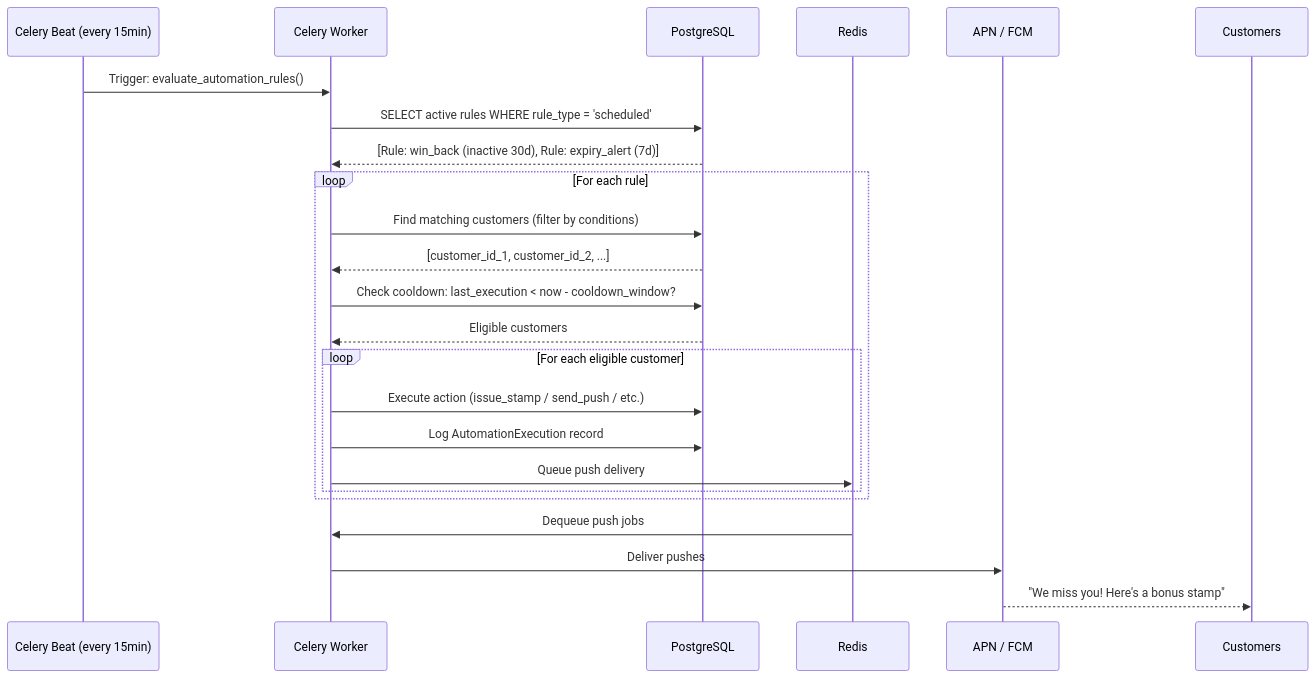
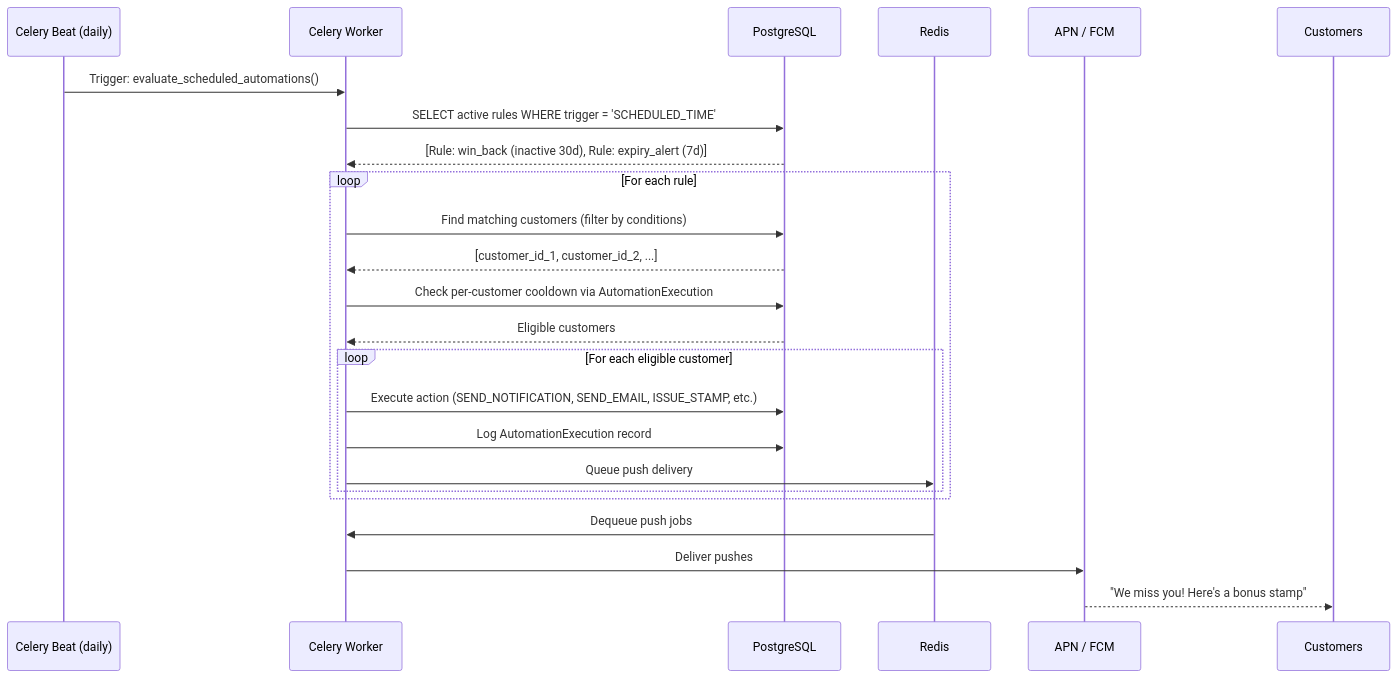
One commit to somatechlat/loyallia changed the sixth of 12 diagrams in docs/02-architecture/ARCHITECTURE.md. Above: the diagram before and after it, drawn with Mermaid. The commit also changed other lines of this file and 50 other files, not shown here.

````diff
--- a/docs/02-architecture/ARCHITECTURE.md
+++ b/docs/02-architecture/ARCHITECTURE.md
@@ -267,31 +263,31 @@
 ```mermaid
 sequenceDiagram
-    participant BEAT as Celery Beat (every 15min)
+    participant BEAT as Celery Beat (daily)
     participant CEL as Celery Worker
     participant DB as PostgreSQL
     participant RD as Redis
     participant APN as APN / FCM
 
-    BEAT->>CEL: Trigger: evaluate_automation_rules()
+    BEAT->>CEL: Trigger: evaluate_scheduled_automations()
 
-    CEL->>DB: SELECT active rules WHERE rule_type = 'scheduled'
+    CEL->>DB: SELECT active rules WHERE trigger = 'SCHEDULED_TIME'
     DB-->>CEL: [Rule: win_back (inactive 30d), Rule: expiry_alert (7d)]
 
     loop For each rule
         CEL->>DB: Find matching customers (filter by conditions)
         DB-->>CEL: [customer_id_1, customer_id_2, ...]
 
-        CEL->>DB: Check cooldown: last_execution < now - cooldown_window?
+        CEL->>DB: Check per-customer cooldown via AutomationExecution
         DB-->>CEL: Eligible customers
 
         loop For each eligible customer
-            CEL->>DB: Execute action (issue_stamp / send_push / etc.)
+            CEL->>DB: Execute action (SEND_NOTIFICATION, SEND_EMAIL, ISSUE_STAMP, etc.)
             CEL->>DB: Log AutomationExecution record
             CEL->>RD: Queue push delivery
         end
     end
 
     RD->>CEL: Dequeue push jobs
     CEL->>APN: Deliver pushes
     APN-->>Customers: "We miss you! Here's a bonus stamp"
 ```
````
